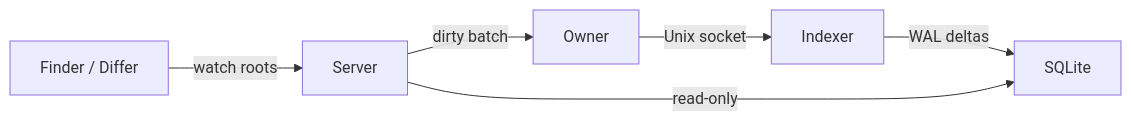
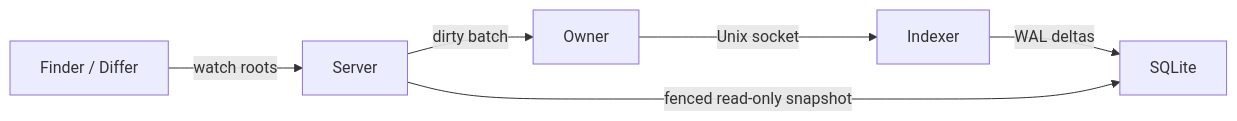
Before and after one commit to keivenchang/yolomux: the first of 2 diagrams in docs/specs/SEARCH_INDEXER.md, drawn with Mermaid. The commit also changed other lines of this file and 12 other files, not shown here.

Commit message:
docs: refresh runtime architecture contracts

````diff
--- a/docs/specs/SEARCH_INDEXER.md
+++ b/docs/specs/SEARCH_INDEXER.md
@@ -9,8 +9,8 @@
 ```mermaid
 flowchart LR
   ui["Finder / Differ"] -->|"watch roots"| server["Server"]
   server -->|"dirty batch"| owner["Owner"]
   owner -->|"Unix socket"| indexer["Indexer"]
   indexer -->|"WAL deltas"| db["SQLite"]
-  server -->|"read-only"| db
+  server -->|"fenced read-only snapshot"| db
 ```
````
